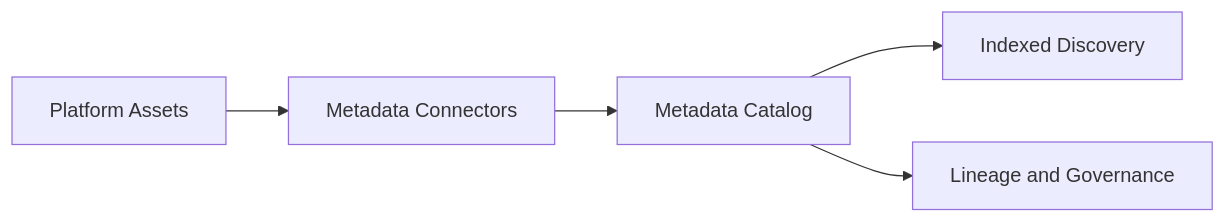
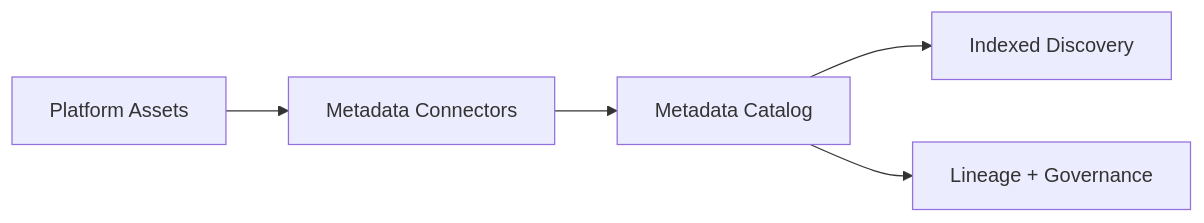
Before and after one commit to paulchen8206/Full-Stack-Modern-Data-Architecture-and-Engineering: the second of 2 diagrams in platform-services/metadata/readme.md, drawn with Mermaid. The commit also changed other lines of this file and 18 other files, not shown here.

````diff
--- a/platform-services/metadata/readme.md
+++ b/platform-services/metadata/readme.md
@@ -39,7 +39,7 @@
 ```mermaid
 flowchart LR
 	ASSETS[Platform Assets] --> CONNECTORS[Metadata Connectors]
 	CONNECTORS --> CATALOG[Metadata Catalog]
 	CATALOG --> SEARCH[Indexed Discovery]
-	CATALOG --> LINEAGE[Lineage and Governance]
+	CATALOG --> LINEAGE[Lineage + Governance]
 ```
````
